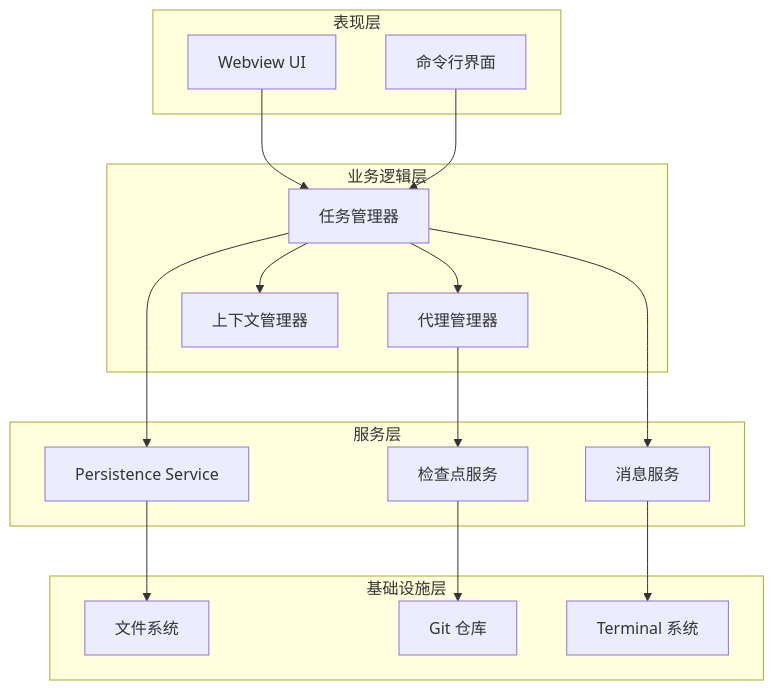
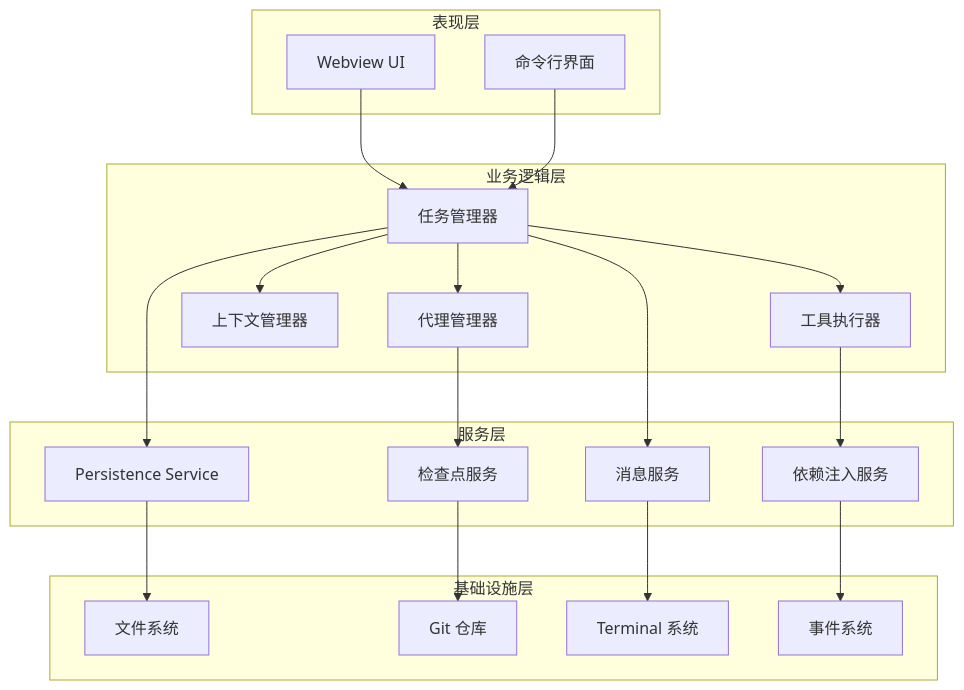
One commit to JunjieChen0/NJUST changed the fourth of 13 diagrams in .qoder/repowiki/zh/content/项目概述/核心功能特性/任务管理系统/任务管理系统.md. Above: the diagram before and after it, drawn with Mermaid. The commit also changed other lines of this file and 37 other files, not shown here.

````diff
--- a/.qoder/repowiki/zh/content/项目概述/核心功能特性/任务管理系统/任务管理系统.md
+++ b/.qoder/repowiki/zh/content/项目概述/核心功能特性/任务管理系统/任务管理系统.md
@@ -187,32 +222,38 @@
 ```mermaid
 graph TB
 subgraph "表现层"
 UI[Webview UI]
 CLI[命令行界面]
 end
 subgraph "业务逻辑层"
 TM[任务管理器]
 AM[代理管理器]
 CM[上下文管理器]
+TE[工具执行器]
 end
 subgraph "服务层"
 CS[检查点服务]
 PS[Persistence Service]
 MS[消息服务]
+DI[依赖注入服务]
 end
 subgraph "基础设施层"
 FS[文件系统]
 GS[Git 仓库]
 TS[Terminal 系统]
+ES[事件系统]
 end
 UI --> TM
 CLI --> TM
 TM --> AM
 TM --> CM
+TM --> TE
 AM --> CS
 TM --> PS
 TM --> MS
+TE --> DI
 CS --> GS
 PS --> FS
 MS --> TS
+DI --> ES
 ```
````
